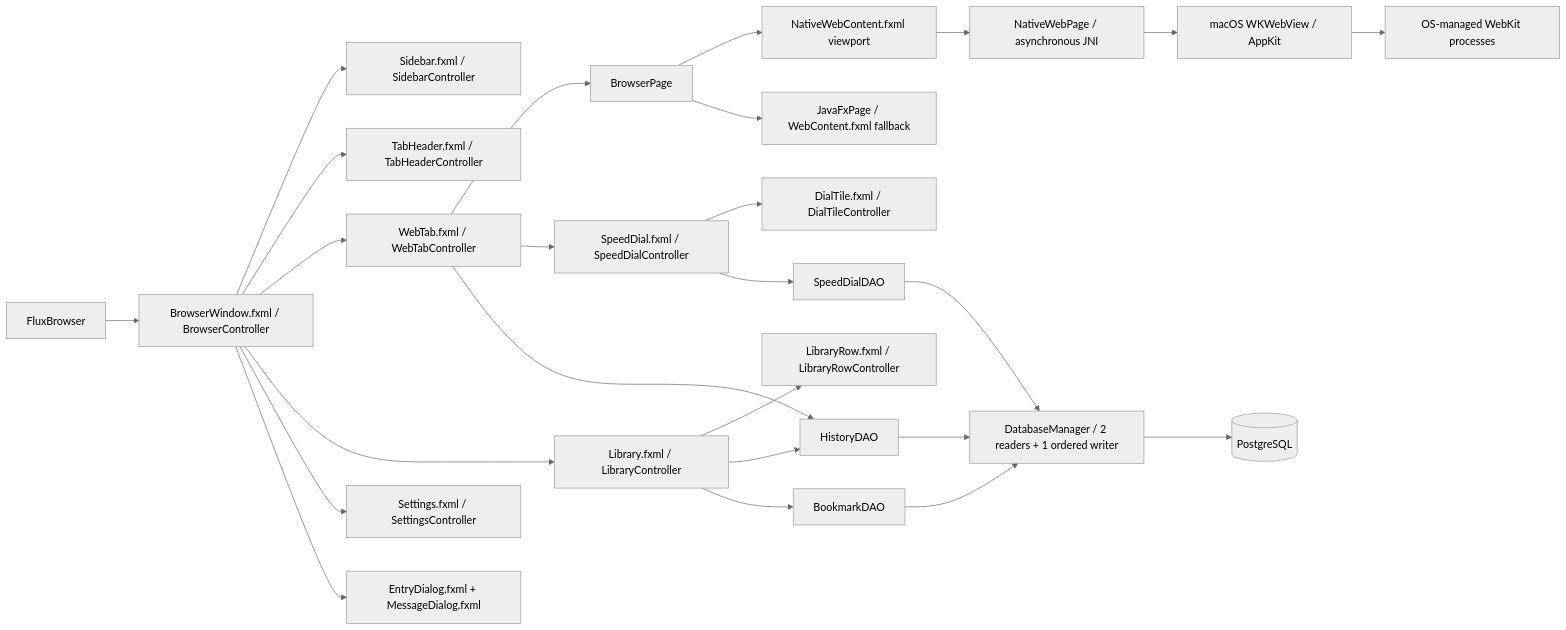
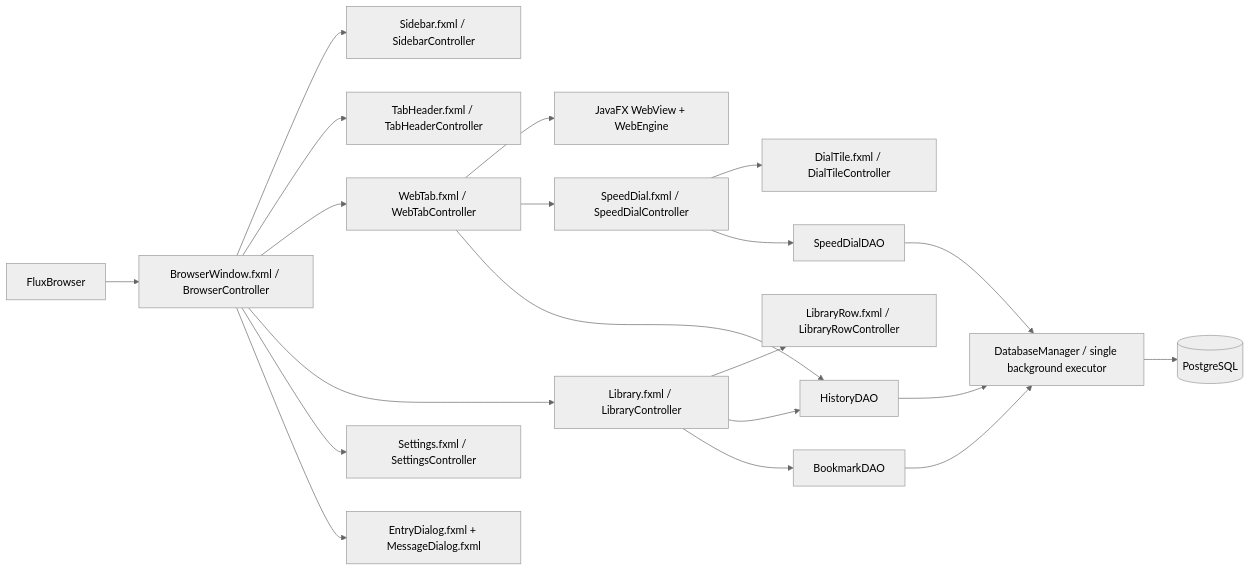
Before and after one commit to jisan-p/Flux-Browser: the diagram in Flux/docs/ARCHITECTURE.md, drawn with Mermaid (neutral theme). The commit also changed other lines of this file, not shown here.

Commit message:
docs: update architecture documentation to reflect JavaFX WebView and single-executor persistence model

````diff
--- a/Flux/docs/ARCHITECTURE.md
+++ b/Flux/docs/ARCHITECTURE.md
@@ -28,27 +29,22 @@
 ```mermaid
 flowchart LR
     App[FluxBrowser] --> Window[BrowserWindow.fxml / BrowserController]
     Window --> Sidebar[Sidebar.fxml / SidebarController]
     Window --> Chips[TabHeader.fxml / TabHeaderController]
     Window --> Tabs[WebTab.fxml / WebTabController]
-    Tabs --> Page[BrowserPage]
-    Page --> Content[NativeWebContent.fxml viewport]
-    Content --> Bridge[NativeWebPage / asynchronous JNI]
-    Bridge --> Engine[macOS WKWebView / AppKit]
-    Engine --> Helpers[OS-managed WebKit processes]
-    Page --> Compat[JavaFxPage / WebContent.fxml fallback]
+    Tabs --> Engine[JavaFX WebView + WebEngine]
     Tabs --> Home[SpeedDial.fxml / SpeedDialController]
     Home --> Tiles[DialTile.fxml / DialTileController]
     Window --> Library[Library.fxml / LibraryController]
     Library --> Rows[LibraryRow.fxml / LibraryRowController]
     Window --> Settings[Settings.fxml / SettingsController]
     Window --> Dialogs[EntryDialog.fxml + MessageDialog.fxml]
     Tabs --> HistoryDAO
     Library --> HistoryDAO
     Library --> BookmarkDAO
     Home --> SpeedDialDAO
-    HistoryDAO --> DB[DatabaseManager / 2 readers + 1 ordered writer]
+    HistoryDAO --> DB[DatabaseManager / single background executor]
     BookmarkDAO --> DB
     SpeedDialDAO --> DB
     DB --> PG[(PostgreSQL)]
 ```
````
